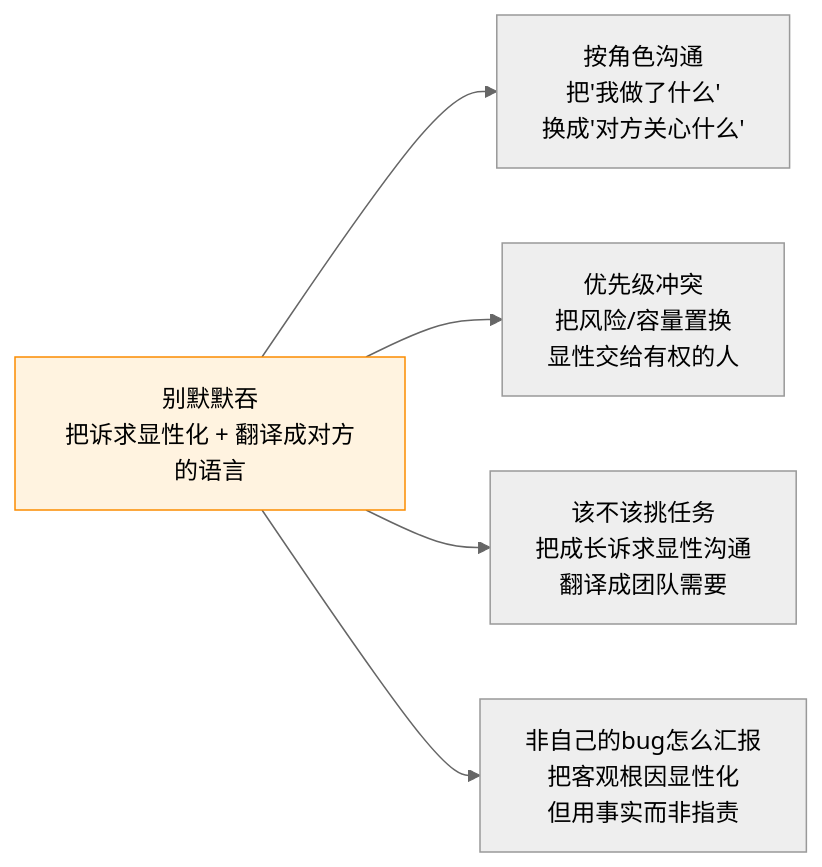
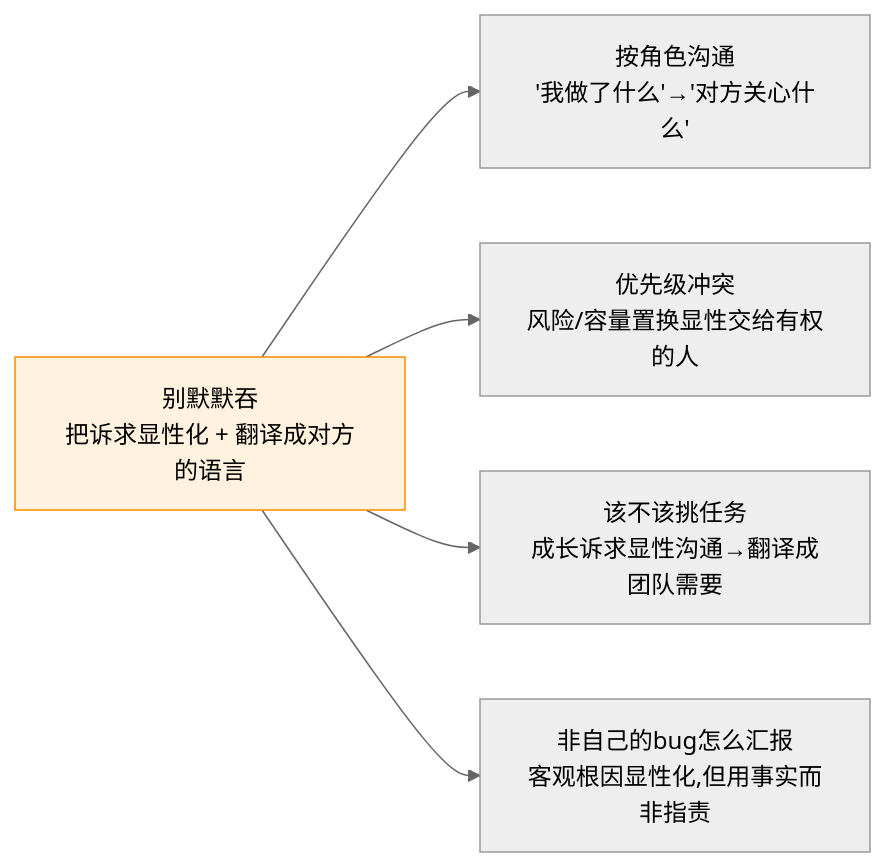
The second of 2 diagrams in docs/README.md (yishengyuan/thinking), drawn with Mermaid (neutral theme) before and after one commit. The commit also changed other lines of this file, not shown here.

````diff
--- a/docs/README.md
+++ b/docs/README.md
@@ -72,10 +81,10 @@
 ```mermaid
 flowchart LR
     CORE[别默默吞<br/>把诉求显性化 + 翻译成对方的语言]
-    CORE --> A[按角色沟通<br/>把'我做了什么'<br/>换成'对方关心什么']
-    CORE --> B[优先级冲突<br/>把风险/容量置换<br/>显性交给有权的人]
-    CORE --> C[该不该挑任务<br/>把成长诉求显性沟通<br/>翻译成团队需要]
-    CORE --> D[非自己的bug怎么汇报<br/>把客观根因显性化<br/>但用事实而非指责]
+    CORE --> A[按角色沟通<br/>'我做了什么'→'对方关心什么']
+    CORE --> B[优先级冲突<br/>风险/容量置换显性交给有权的人]
+    CORE --> C[该不该挑任务<br/>成长诉求显性沟通→翻译成团队需要]
+    CORE --> D[非自己的bug怎么汇报<br/>客观根因显性化,但用事实而非指责]
 
     style CORE fill:#fff3e0,stroke:#fb8c00
 ```
````
